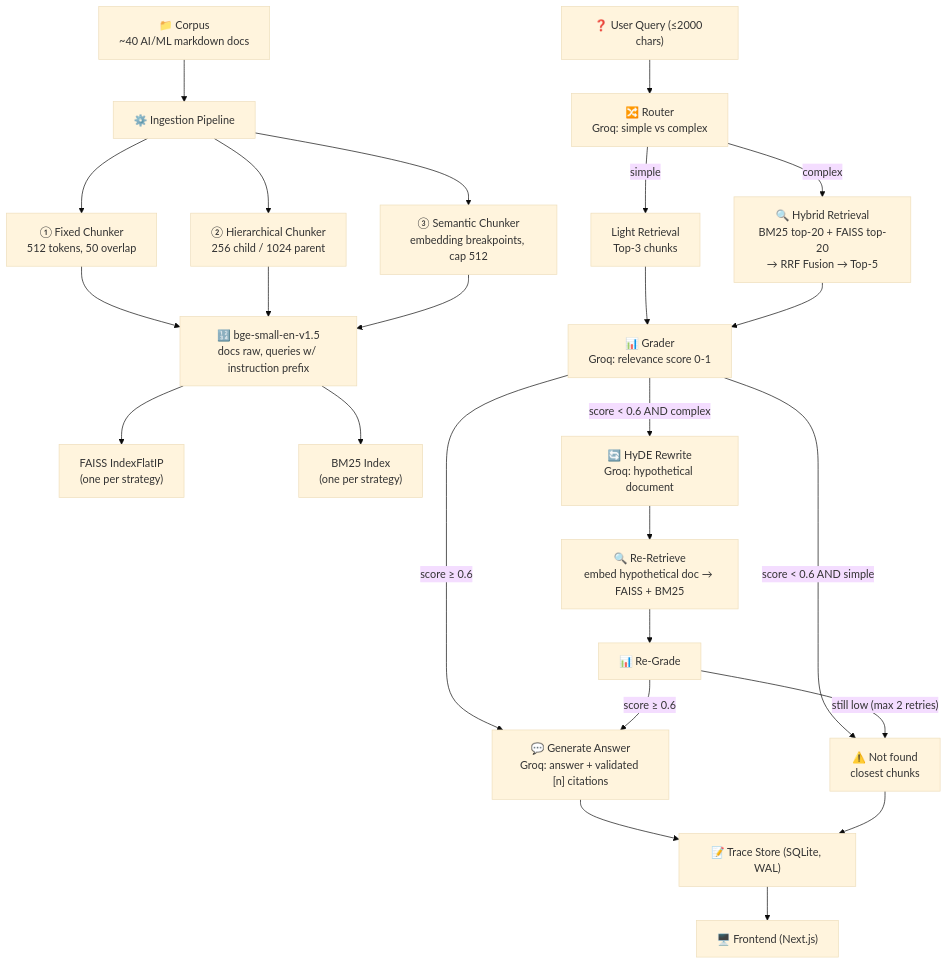
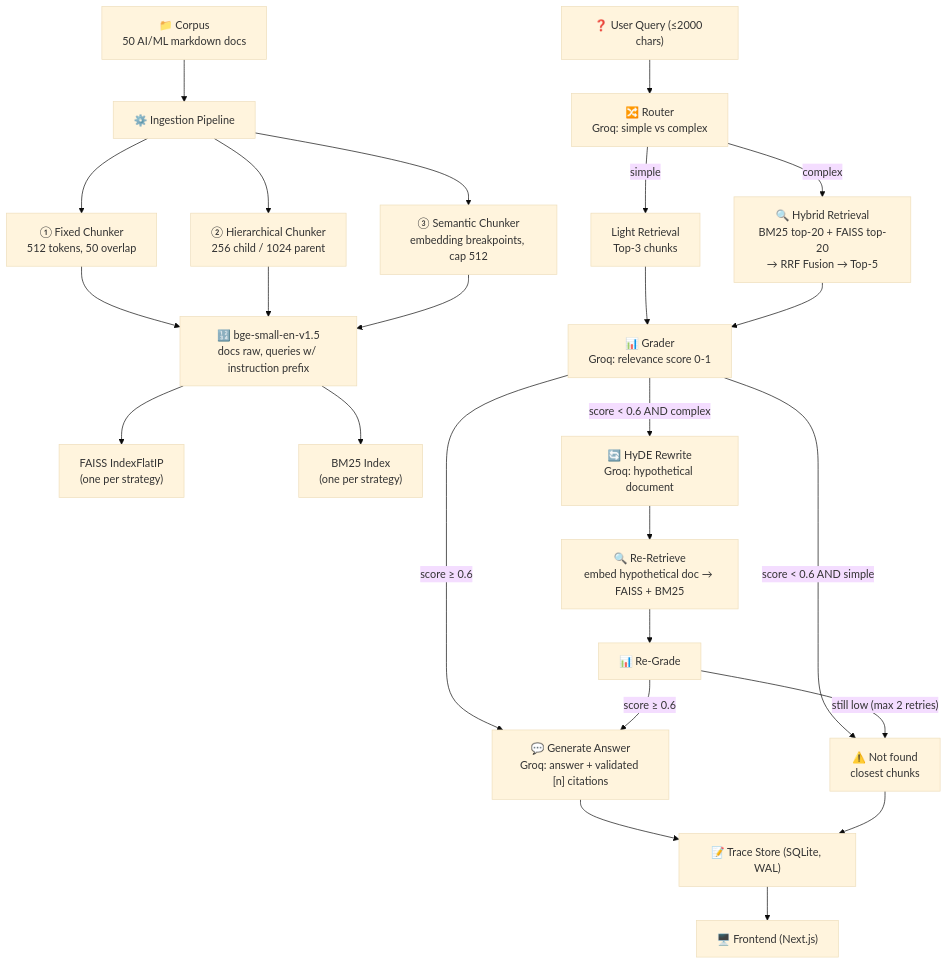
One commit to Agent2509/sentinel-rag changed the diagram in IMPLEMENTATION_PLAN.md. Above: the diagram before and after it, drawn with Mermaid (base theme). The commit also changed other lines of this file and 41 other files, not shown here.

````diff
--- a/IMPLEMENTATION_PLAN.md
+++ b/IMPLEMENTATION_PLAN.md
@@ -66,36 +66,36 @@
 ```mermaid
 flowchart TD
-    A["📁 Corpus<br/>~40 AI/ML markdown docs"] --> B["⚙️ Ingestion Pipeline"]
+    A["📁 Corpus<br/>50 AI/ML markdown docs"] --> B["⚙️ Ingestion Pipeline"]
 
     B --> C1["① Fixed Chunker<br/>512 tokens, 50 overlap"]
     B --> C2["② Hierarchical Chunker<br/>256 child / 1024 parent"]
     B --> C3["③ Semantic Chunker<br/>embedding breakpoints, cap 512"]
 
     C1 --> D["🔢 bge-small-en-v1.5<br/>docs raw, queries w/ instruction prefix"]
     C2 --> D
     C3 --> D
 
     D --> E1["FAISS IndexFlatIP<br/>(one per strategy)"]
     D --> E2["BM25 Index<br/>(one per strategy)"]
 
     Q["❓ User Query (≤2000 chars)"] --> R["🔀 Router<br/>Groq: simple vs complex"]
 
     R -->|simple| S1["Light Retrieval<br/>Top-3 chunks"]
     R -->|complex| H["🔍 Hybrid Retrieval<br/>BM25 top-20 + FAISS top-20<br/>→ RRF Fusion → Top-5"]
 
     S1 --> G["📊 Grader<br/>Groq: relevance score 0-1"]
     H --> G
 
     G -->|"score ≥ 0.6"| GEN["💬 Generate Answer<br/>Groq: answer + validated [n] citations"]
     G -->|"score < 0.6 AND simple"| FB["⚠️ Not found<br/>closest chunks"]
     G -->|"score < 0.6 AND complex"| HY["🔄 HyDE Rewrite<br/>Groq: hypothetical document"]
 
     HY --> H2["🔍 Re-Retrieve<br/>embed hypothetical doc → FAISS + BM25"]
     H2 --> G2["📊 Re-Grade"]
     G2 -->|"score ≥ 0.6"| GEN
     G2 -->|"still low (max 2 retries)"| FB
 
     GEN --> T["📝 Trace Store (SQLite, WAL)"]
     FB --> T
     T --> UI["🖥️ Frontend (Next.js)"]
 ```
````
